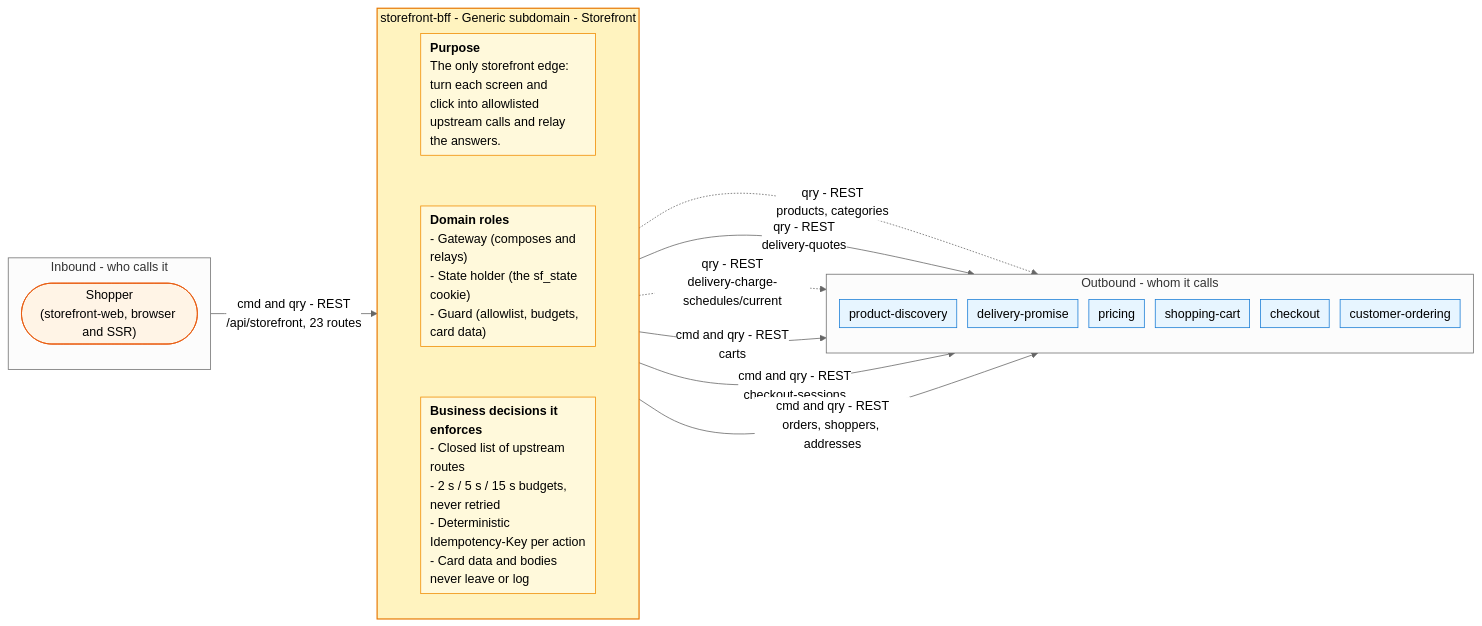
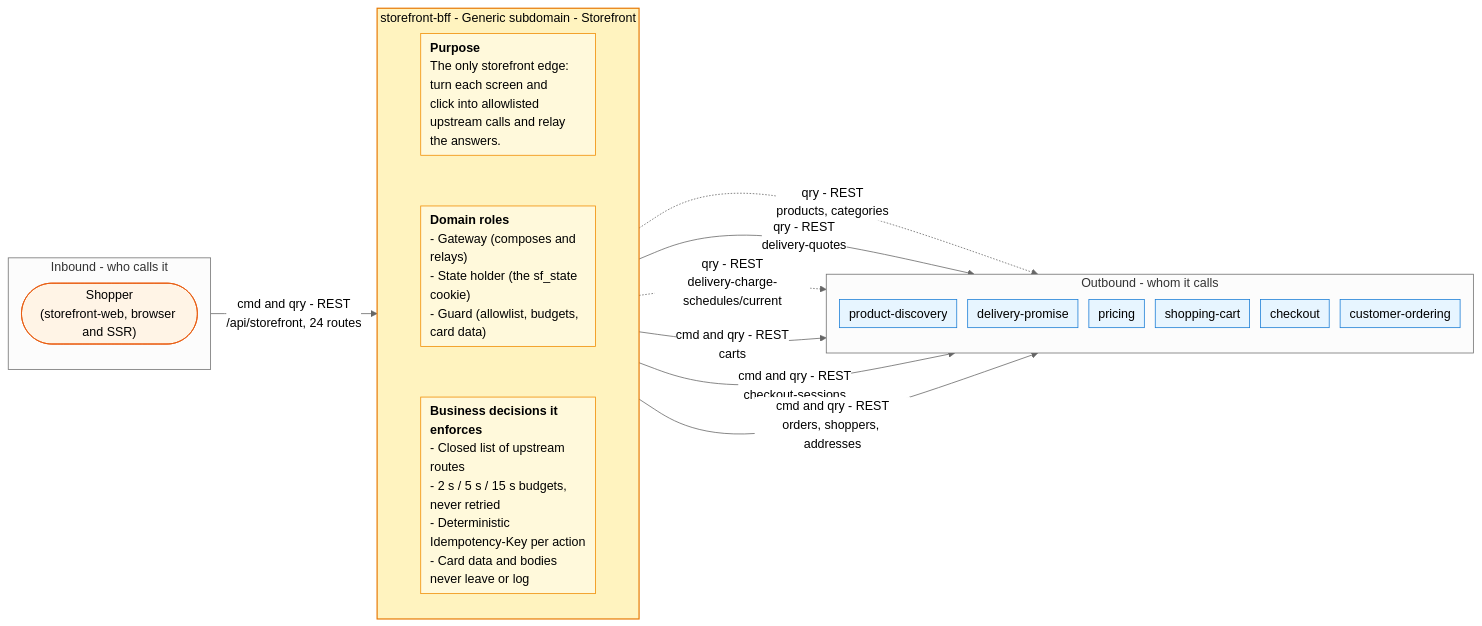
One commit to IQVO/storefront-bff changed the diagram in docs/docs/ddd/bounded-context-canvas.md. Above: the diagram before and after it, drawn with Mermaid (neutral theme). The commit also changed other lines of this file and 58 other files, not shown here.

````diff
--- a/docs/docs/ddd/bounded-context-canvas.md
+++ b/docs/docs/ddd/bounded-context-canvas.md
@@ -22,36 +22,36 @@
 ```mermaid
 %%{init: {"flowchart": {"nodeSpacing": 14, "rankSpacing": 40, "padding": 6}}}%%
 flowchart LR
     classDef bc fill:#fff3bf,stroke:#e67700,stroke-width:1.5px,color:#000
     classDef card fill:#fff9db,stroke:#f08c00,color:#000,text-align:left
     classDef ctx fill:#e7f5ff,stroke:#1c7ed6,color:#000
     classDef actor fill:#fff4e6,stroke:#e8590c,color:#000
     subgraph IN["Inbound - who calls it"]
         direction TB
         in0(["Shopper<br/>(storefront-web, browser and SSR)"]):::actor
     end
     subgraph BC["storefront-bff - Generic subdomain - Storefront"]
         direction TB
         purpose["<b>Purpose</b><br/>The only storefront edge: turn each screen and<br/>click into allowlisted upstream calls and relay<br/>the answers."]:::card
         roles["<b>Domain roles</b><br/>- Gateway (composes and relays)<br/>- State holder (the sf_state cookie)<br/>- Guard (allowlist, budgets, card data)"]:::card
         rules["<b>Business decisions it enforces</b><br/>- Closed list of upstream routes<br/>- 2 s / 5 s / 15 s budgets, never retried<br/>- Deterministic Idempotency-Key per action<br/>- Card data and bodies never leave or log"]:::card
         purpose ~~~ roles ~~~ rules
     end
     subgraph OUT["Outbound - whom it calls"]
         direction TB
         o1["product-discovery"]:::ctx
         o2["delivery-promise"]:::ctx
         o3["pricing"]:::ctx
         o4["shopping-cart"]:::ctx
         o5["checkout"]:::ctx
         o6["customer-ordering"]:::ctx
     end
-    in0 -->|"cmd and qry - REST<br/>/api/storefront, 23 routes"| BC
+    in0 -->|"cmd and qry - REST<br/>/api/storefront, 24 routes"| BC
     BC -.->|"qry - REST<br/>products, categories"| o1
     BC -->|"qry - REST<br/>delivery-quotes"| o2
     BC -.->|"qry - REST<br/>delivery-charge-schedules/current"| o3
     BC -->|"cmd and qry - REST<br/>carts"| o4
     BC -->|"cmd and qry - REST<br/>checkout-sessions"| o5
     BC -->|"cmd and qry - REST<br/>orders, shoppers, addresses"| o6
     class BC bc
 ```
````
